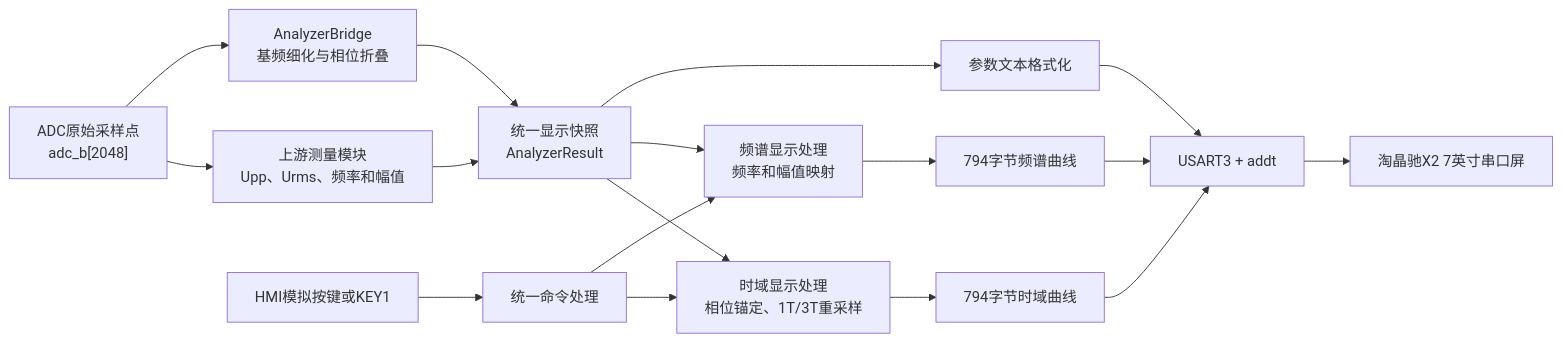
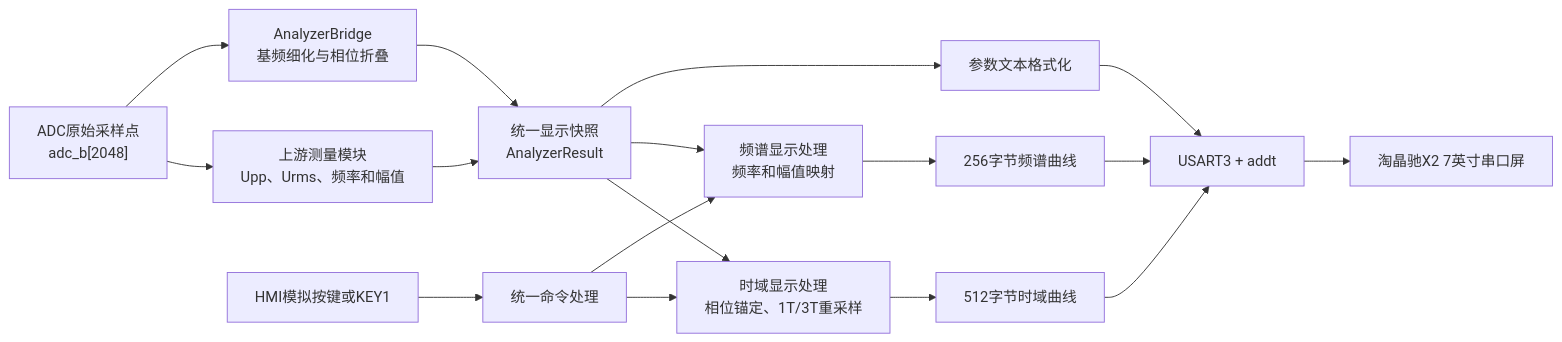
One commit to Git-ys1/STM32G474-Periodic-Signal-Analyzer changed the first of 6 diagrams in G_Periodic_Signal_Analyzer/docs/05_report/REPORT_DISPLAY_MODULE_DRAFT.md. Above: the diagram before and after it, drawn with Mermaid. The commit also changed other lines of this file and 20 other files, not shown here.

````diff
--- a/G_Periodic_Signal_Analyzer/docs/05_report/REPORT_DISPLAY_MODULE_DRAFT.md
+++ b/G_Periodic_Signal_Analyzer/docs/05_report/REPORT_DISPLAY_MODULE_DRAFT.md
@@ -76,19 +76,19 @@
 ```mermaid
 flowchart LR
     A["ADC原始采样点<br/>adc_b[2048]"] --> B["上游测量模块<br/>Upp、Urms、频率和幅值"]
     A --> C["AnalyzerBridge<br/>基频细化与相位折叠"]
     B --> D["统一显示快照<br/>AnalyzerResult"]
     C --> D
     D --> E["时域显示处理<br/>相位锚定、1T/3T重采样"]
     D --> F["频谱显示处理<br/>频率和幅值映射"]
-    E --> G["794字节时域曲线"]
-    F --> H["794字节频谱曲线"]
+    E --> G["512字节时域曲线"]
+    F --> H["256字节频谱曲线"]
     G --> I["USART3 + addt"]
     H --> I
     D --> J["参数文本格式化"]
     J --> I
     I --> K["淘晶驰X2 7英寸串口屏"]
     L["HMI模拟按键或KEY1"] --> M["统一命令处理"]
     M --> E
     M --> F
 ```
````
